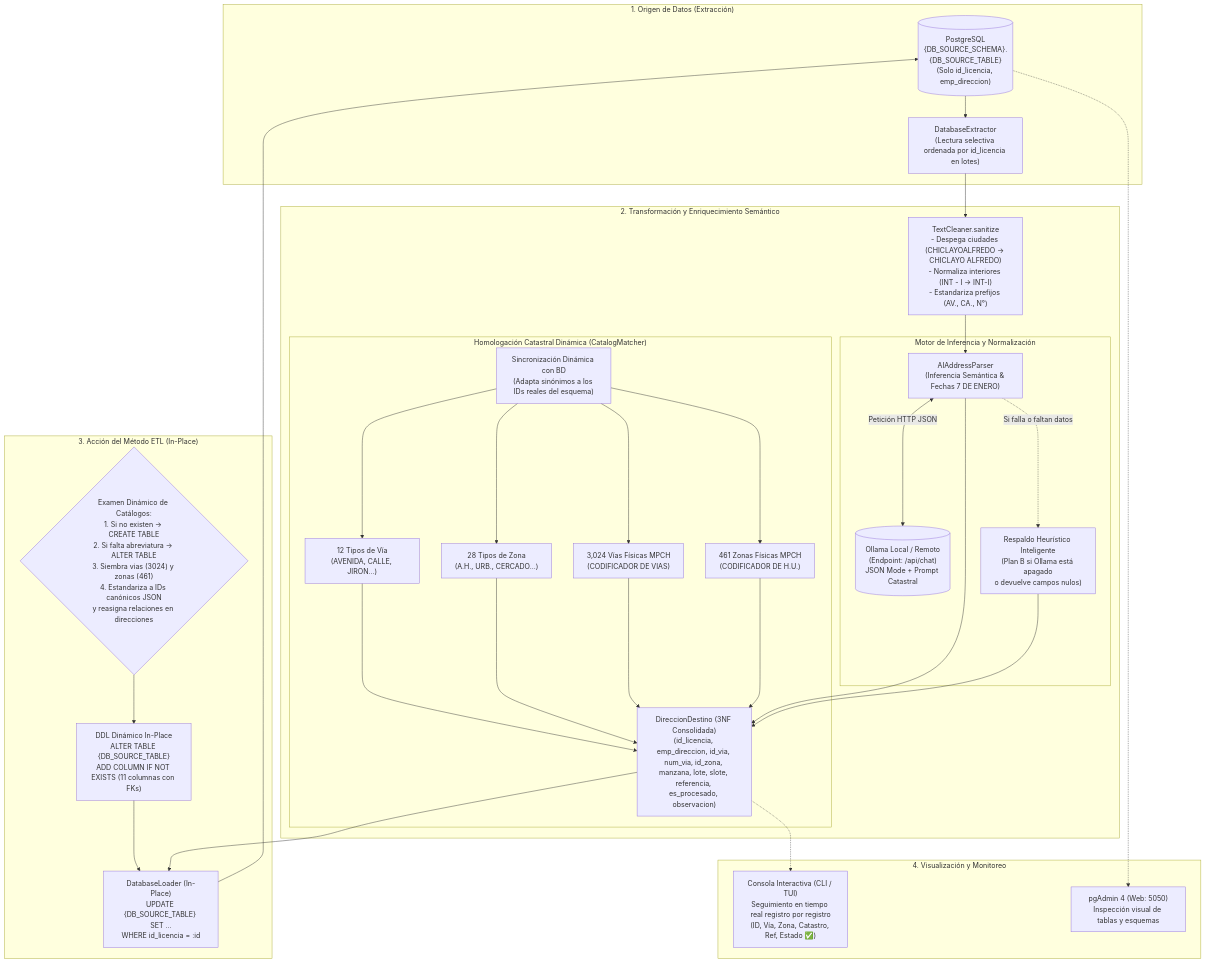
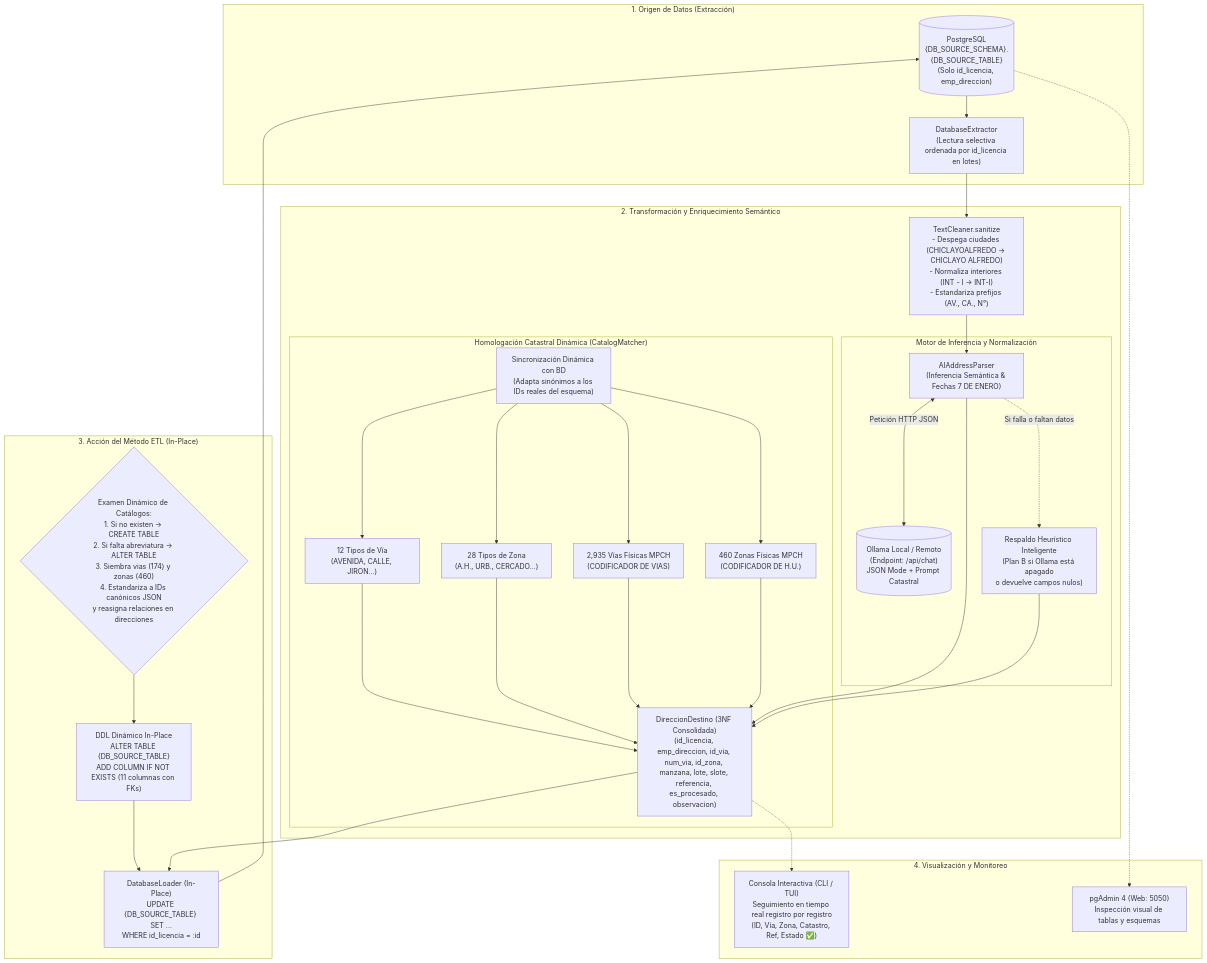
Before and after one commit to Chungm7/ETL_DIRECCIONES: the diagram in README.md, drawn with Mermaid. The commit also changed other lines of this file and 14 other files, not shown here.

First line of the commit message:
feat(catalogs): actualizar 2,935 vias oficiales de Chiclayo, normalizacion de guiones y resolucion integral de direcciones

````diff
--- a/README.md
+++ b/README.md
@@ -13,61 +13,61 @@
 ```mermaid
 flowchart TD
     subgraph Origen ["1. Origen de Datos (Extracción)"]
         SRC_DB[("PostgreSQL\n{DB_SOURCE_SCHEMA}.{DB_SOURCE_TABLE}\n(Solo id_licencia, emp_direccion)")]
         EXT["DatabaseExtractor\n(Lectura selectiva ordenada por id_licencia en lotes)"]
         SRC_DB --> EXT
     end
 
     subgraph Transformacion ["2. Transformación y Enriquecimiento Semántico"]
         TC["TextCleaner.sanitize\n- Despega ciudades (CHICLAYOALFREDO -> CHICLAYO ALFREDO)\n- Normaliza interiores (INT - I -> INT-I)\n- Estandariza prefijos (AV., CA., N°)"]
         
         subgraph IA_Engine ["Motor de Inferencia y Normalización"]
             OLLAMA[("Ollama Local / Remoto\n(Endpoint: /api/chat)\nJSON Mode + Prompt Catastral")]
             AI_PARSE["AIAddressParser\n(Inferencia Semántica & Fechas 7 DE ENERO)"]
             FALLBACK["Respaldo Heurístico Inteligente\n(Plan B si Ollama está apagado\no devuelve campos nulos)"]
             
             AI_PARSE <-->|Petición HTTP JSON| OLLAMA
             AI_PARSE -.->|Si falla o faltan datos| FALLBACK
         end
 
         subgraph Catalogos ["Homologación Catastral Dinámica (CatalogMatcher)"]
             SYNC_DB["Sincronización Dinámica con BD\n(Adapta sinónimos a los IDs reales del esquema)"]
             CAT_TIPOS_VIAS["12 Tipos de Vía\n(AVENIDA, CALLE, JIRON...)"]
             CAT_TIPOS_ZONAS["28 Tipos de Zona\n(A.H., URB., CERCADO...)"]
-            CAT_VIAS["3,024 Vías Físicas MPCH\n(CODIFICADOR DE VIAS)"]
-            CAT_ZONAS["461 Zonas Físicas MPCH\n(CODIFICADOR DE H.U.)"]
+            CAT_VIAS["2,935 Vías Físicas MPCH\n(CODIFICADOR DE VIAS)"]
+            CAT_ZONAS["460 Zonas Físicas MPCH\n(CODIFICADOR DE H.U.)"]
             NORM_RECORD["DireccionDestino (3NF Consolidada)\n(id_licencia, emp_direccion, id_via, num_via, id_zona, manzana, lote, slote, referencia, es_procesado, observacion)"]
             
             SYNC_DB --> CAT_TIPOS_VIAS
             SYNC_DB --> CAT_TIPOS_ZONAS
             SYNC_DB --> CAT_VIAS
             SYNC_DB --> CAT_ZONAS
             CAT_TIPOS_VIAS --> NORM_RECORD
             CAT_TIPOS_ZONAS --> NORM_RECORD
             CAT_VIAS --> NORM_RECORD
             CAT_ZONAS --> NORM_RECORD
         end
 
         EXT --> TC
         TC --> AI_PARSE
         AI_PARSE --> NORM_RECORD
         FALLBACK --> NORM_RECORD
     end
 
     subgraph Persistencia ["3. Acción del Método ETL (In-Place)"]
-        CAT_CHECK{"Examen Dinámico de Catálogos:\n1. Si no existen -> CREATE TABLE\n2. Si falta abreviatura -> ALTER TABLE\n3. Siembra vias (3024) y zonas (461)\n4. Estandariza a IDs canónicos JSON\ny reasigna relaciones en direcciones"}
+        CAT_CHECK{"Examen Dinámico de Catálogos:\n1. Si no existen -> CREATE TABLE\n2. Si falta abreviatura -> ALTER TABLE\n3. Siembra vias (174) y zonas (460)\n4. Estandariza a IDs canónicos JSON\ny reasigna relaciones en direcciones"}
         ALTER_DDL["DDL Dinámico In-Place\nALTER TABLE {DB_SOURCE_TABLE}\nADD COLUMN IF NOT EXISTS (11 columnas con FKs)"]
         CAT_CHECK --> ALTER_DDL
         ALTER_DDL --> UPDATE_INPLACE["DatabaseLoader (In-Place)\nUPDATE {DB_SOURCE_TABLE} SET ...\nWHERE id_licencia = :id"]
         NORM_RECORD --> UPDATE_INPLACE
         UPDATE_INPLACE --> SRC_DB
     end
 
     subgraph Monitoreo ["4. Visualización y Monitoreo"]
         LOGS["Consola Interactiva (CLI / TUI)\nSeguimiento en tiempo real registro por registro\n(ID, Vía, Zona, Catastro, Ref, Estado ✅)"]
         PGADMIN["pgAdmin 4 (Web: 5050)\nInspección visual de tablas y esquemas"]
         
         NORM_RECORD -.-> LOGS
         SRC_DB -.-> PGADMIN
     end
 ```
````
